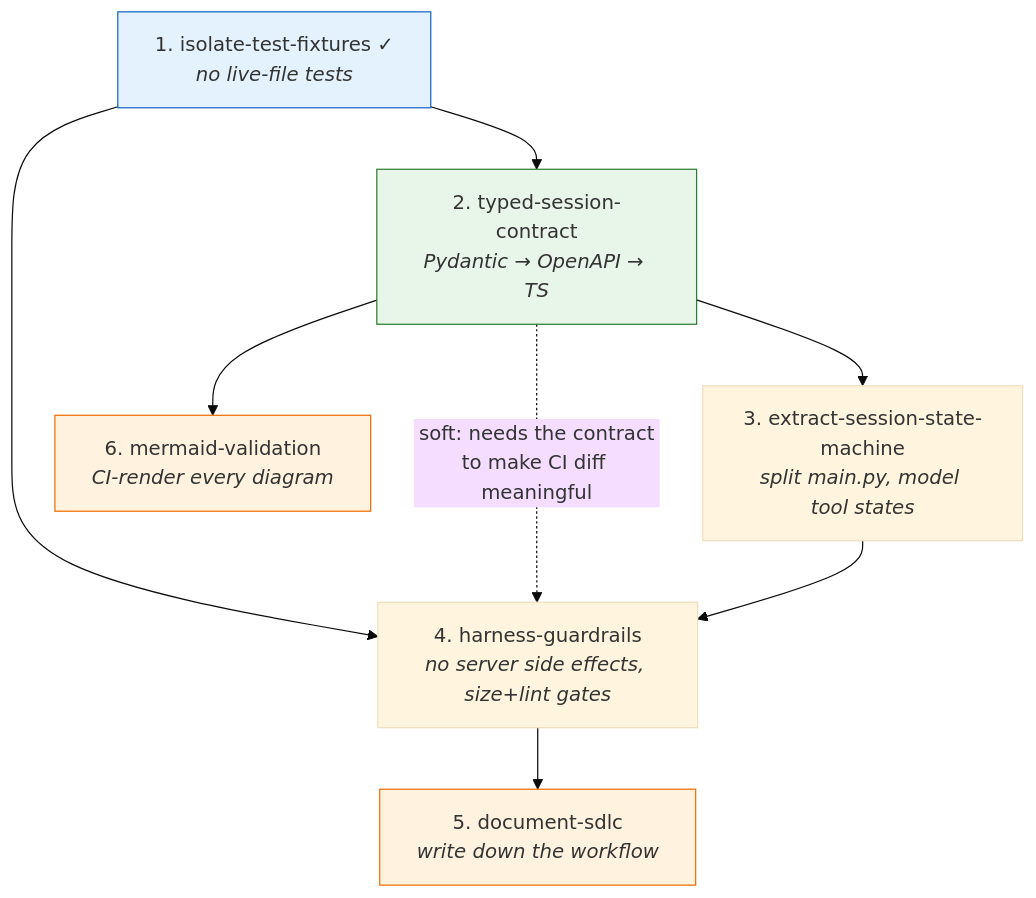
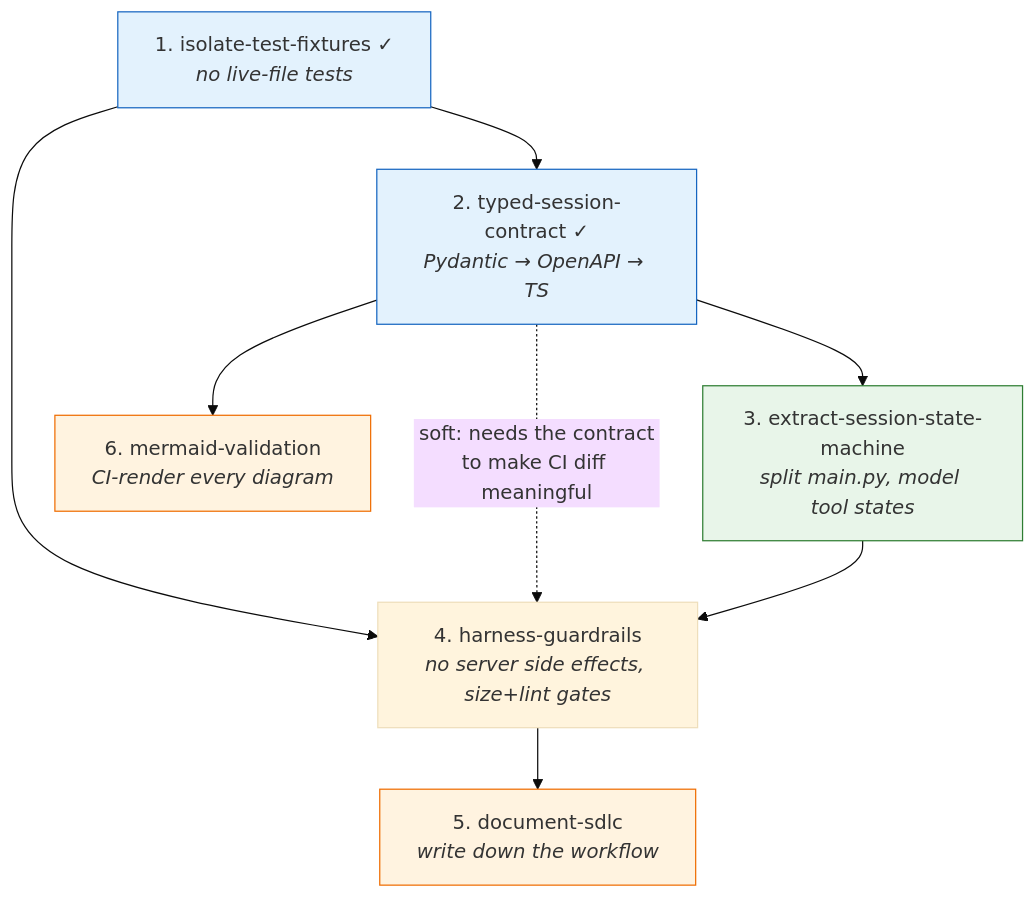
One commit to cryans/worlds-simplest-harness changed the diagram in plans/feature-load-jsonl-next-steps.md. Above: the diagram before and after it, drawn with Mermaid (base theme). The commit also changed other lines of this file and 14 other files, not shown here.

First line of the commit message:
feat(typed-session-contract): Pydantic -> OpenAPI -> TypeScript contract

````diff
--- a/plans/feature-load-jsonl-next-steps.md
+++ b/plans/feature-load-jsonl-next-steps.md
@@ -15,24 +15,24 @@
 ```mermaid
 graph TD
     F1["1. isolate-test-fixtures ✓<br/><i>no live-file tests</i>"]
-    F2["2. typed-session-contract<br/><i>Pydantic → OpenAPI → TS</i>"]
+    F2["2. typed-session-contract ✓<br/><i>Pydantic → OpenAPI → TS</i>"]
     F3["3. extract-session-state-machine<br/><i>split main.py, model tool states</i>"]
     F4["4. harness-guardrails<br/><i>no server side effects, size+lint gates</i>"]
     F5["5. document-sdlc<br/><i>write down the workflow</i>"]
     F6["6. mermaid-validation<br/><i>CI-render every diagram</i>"]
 
     F1 --> F2
     F2 --> F3
     F1 --> F4
     F2 -.->|"soft: needs the contract<br/>to make CI diff meaningful"| F4
     F4 --> F5
     F3 --> F4
     F2 --> F6
 
     classDef done fill:#e3f2fd,stroke:#1565c0
     classDef ready fill:#e8f5e9,stroke:#2e7d32
     classDef hold fill:#fff3e0,stroke:#ef6c00
-    class F1 done
-    class F2 ready
+    class F1,F2 done
+    class F3 ready
     class F5,F6 hold
 ```
````
